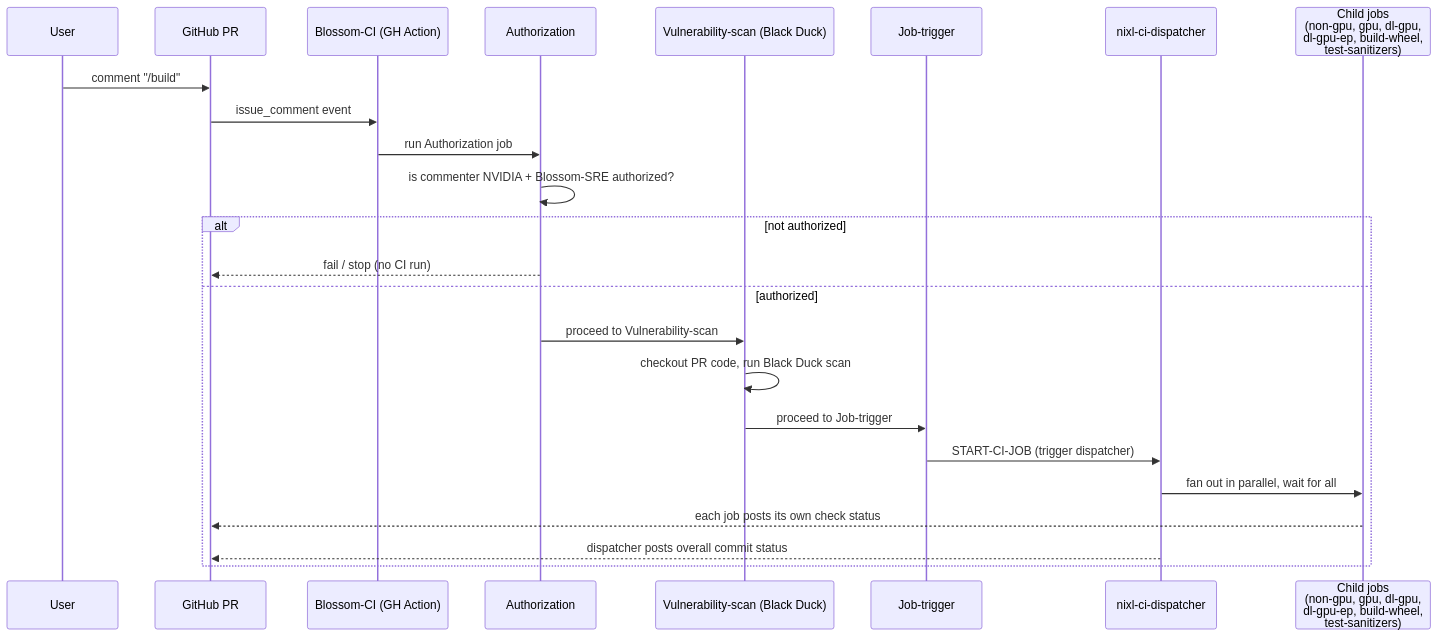
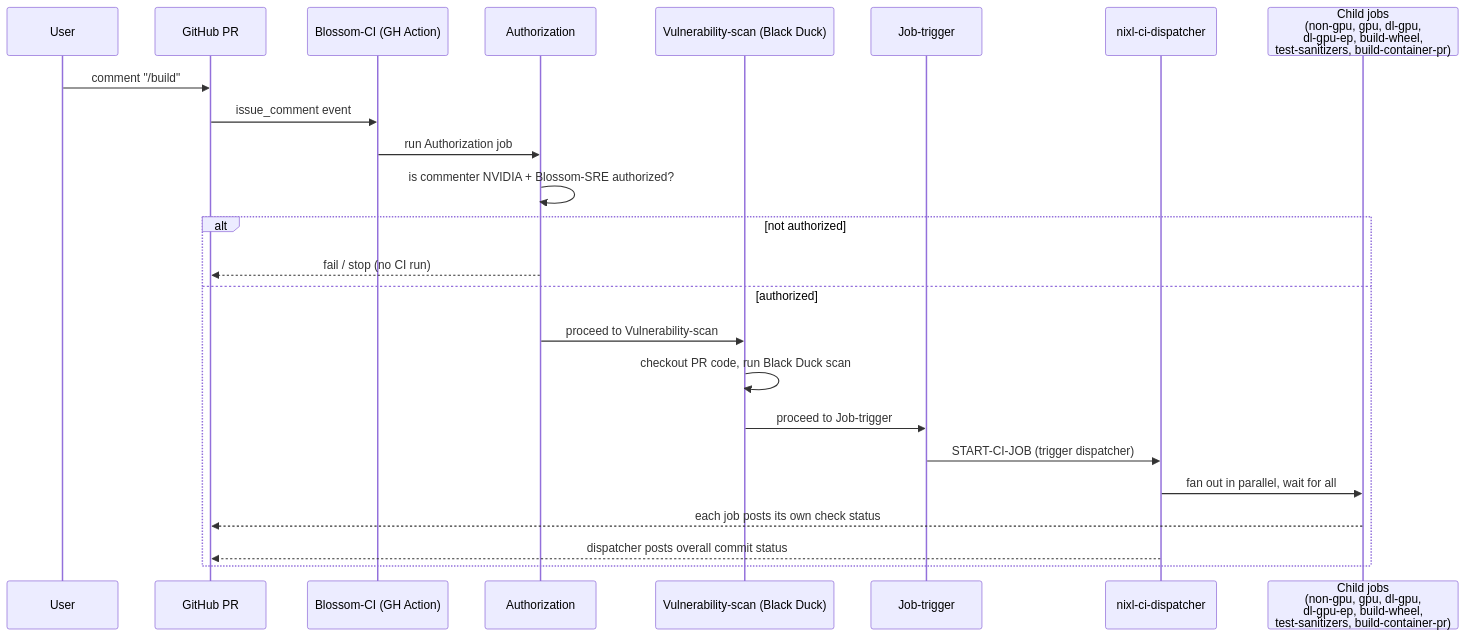
The diagram in .ci/docs/ci-overview.md (ai-dynamo/nixl), drawn with Mermaid before and after one commit. The commit also changed other lines of this file and 3 other files, not shown here.

````diff
--- a/.ci/docs/ci-overview.md
+++ b/.ci/docs/ci-overview.md
@@ -92,27 +92,27 @@
 ```mermaid
 sequenceDiagram
     participant User
     participant GH as GitHub PR
     participant Blossom as Blossom-CI (GH Action)
     participant Auth as Authorization
     participant Scan as Vulnerability-scan (Black Duck)
     participant Trigger as Job-trigger
     participant Jenkins as nixl-ci-dispatcher
-    participant Children as Child jobs<br/>(non-gpu, gpu, dl-gpu,<br/>dl-gpu-ep, build-wheel,<br/>test-sanitizers)
+    participant Children as Child jobs<br/>(non-gpu, gpu, dl-gpu,<br/>dl-gpu-ep, build-wheel,<br/>test-sanitizers, build-container-pr)
 
     User->>GH: comment "/build"
     GH->>Blossom: issue_comment event
     Blossom->>Auth: run Authorization job
     Auth->>Auth: is commenter NVIDIA + Blossom-SRE authorized?
     alt not authorized
         Auth-->>GH: fail / stop (no CI run)
     else authorized
         Auth->>Scan: proceed to Vulnerability-scan
         Scan->>Scan: checkout PR code, run Black Duck scan
         Scan->>Trigger: proceed to Job-trigger
         Trigger->>Jenkins: START-CI-JOB (trigger dispatcher)
         Jenkins->>Children: fan out in parallel, wait for all
         Children-->>GH: each job posts its own check status
         Jenkins-->>GH: dispatcher posts overall commit status
     end
 ```
````
